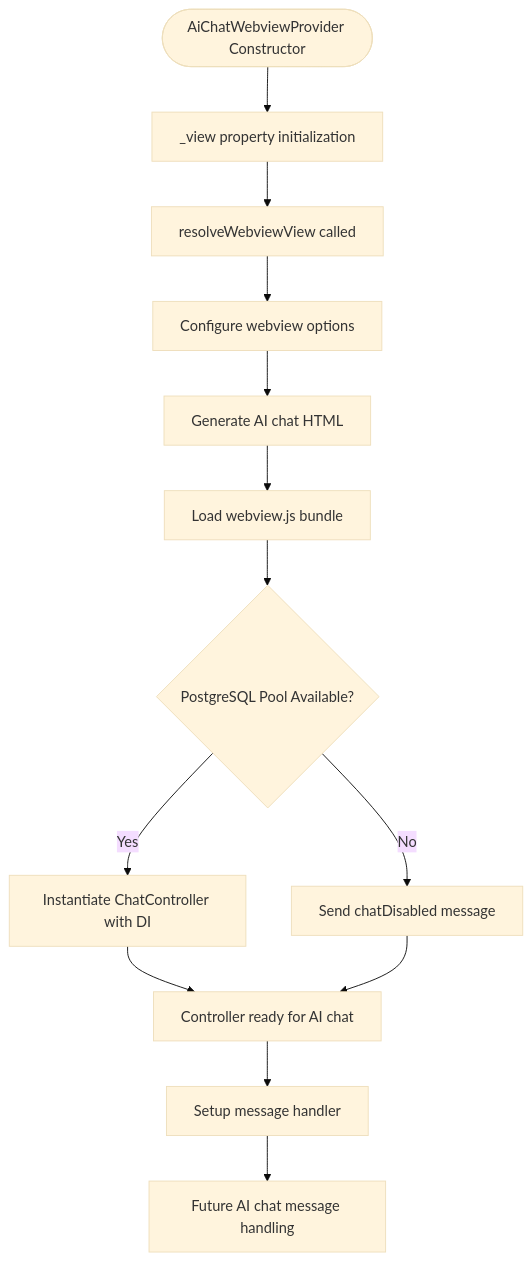
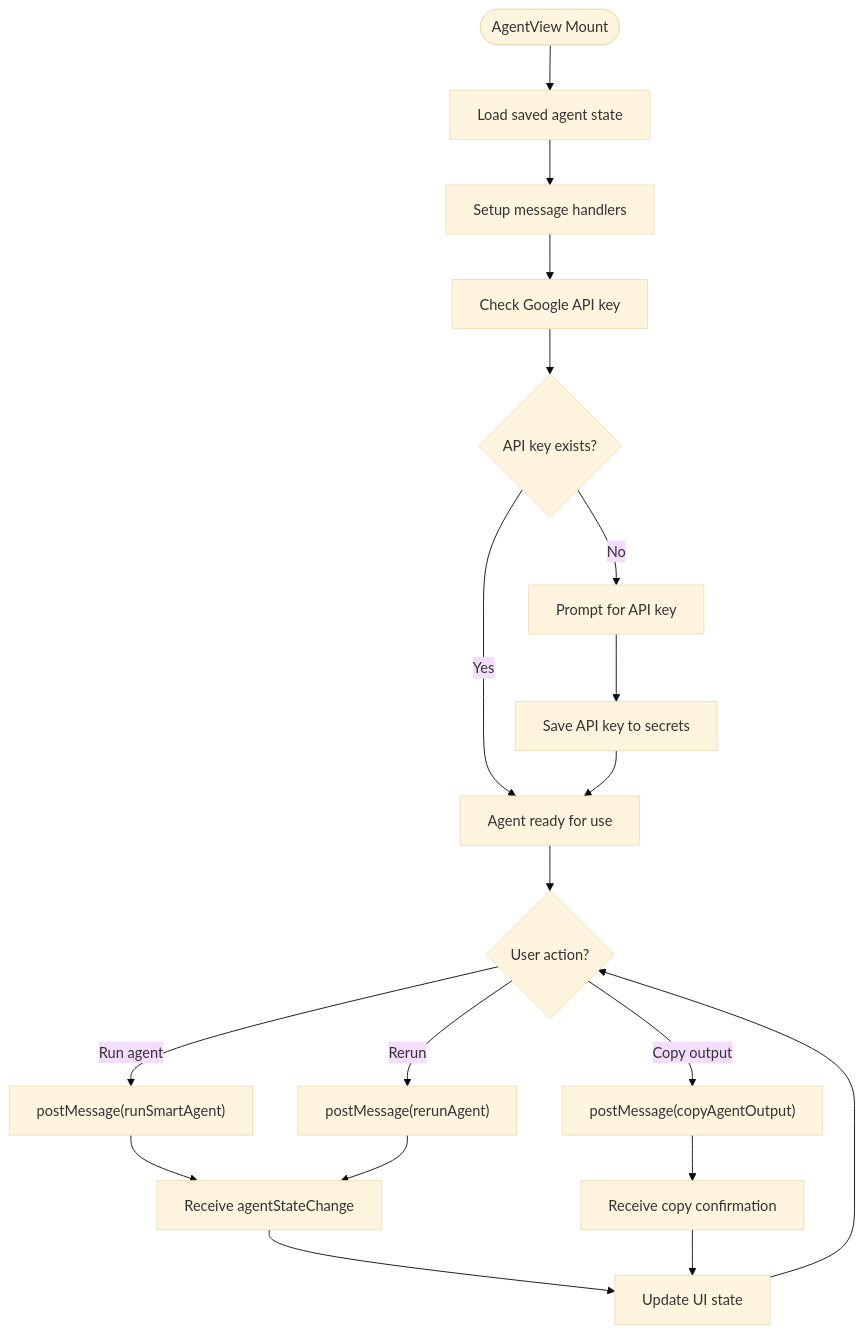
Before and after one commit to bramburn/repomix-runner: the eighth of 10 diagrams in .qoder/repowiki/en/content/Webview Interface/Webview Interface.md, drawn with Mermaid (base theme). The commit also changed other lines of this file and 41 other files, not shown here.

````diff
--- a/.qoder/repowiki/en/content/Webview Interface/Webview Interface.md
+++ b/.qoder/repowiki/en/content/Webview Interface/Webview Interface.md
@@ -802,15 +451,21 @@
 ```mermaid
 flowchart TD
-Start(["AiChatWebviewProvider Constructor"]) --> Init["_view property initialization"]
-Init --> Resolve["resolveWebviewView called"]
-Resolve --> Options["Configure webview options"]
-Options --> HTML["Generate AI chat HTML"]
-HTML --> Script["Load webview.js bundle"]
-Script --> CheckDB{"PostgreSQL Pool Available?"}
-CheckDB --> |Yes| CreateCtrl["Instantiate ChatController with DI"]
-CheckDB --> |No| DisabledMsg["Send chatDisabled message"]
-CreateCtrl --> Ready["Controller ready for AI chat"]
-DisabledMsg --> Ready
-Ready --> MessageHandler["Setup message handler"]
-MessageHandler --> Future["Future AI chat message handling"]
+Start(["AgentView Mount"]) --> LoadState["Load saved agent state"]
+LoadState --> SetupHandlers["Setup message handlers"]
+SetupHandlers --> CheckKey["Check Google API key"]
+CheckKey --> HasKey{"API key exists?"}
+HasKey --> |Yes| Ready["Agent ready for use"]
+HasKey --> |No| NeedKey["Prompt for API key"]
+NeedKey --> SaveKey["Save API key to secrets"]
+SaveKey --> Ready
+Ready --> UserAction{"User action?"}
+UserAction --> |Run agent| SendRun["postMessage(runSmartAgent)"]
+UserAction --> |Rerun| SendRerun["postMessage(rerunAgent)"]
+UserAction --> |Copy output| SendCopy["postMessage(copyAgentOutput)"]
+SendRun --> ReceiveState["Receive agentStateChange"]
+SendRerun --> ReceiveState
+SendCopy --> ReceiveCopy["Receive copy confirmation"]
+ReceiveState --> UpdateUI["Update UI state"]
+ReceiveCopy --> UpdateUI
+UpdateUI --> UserAction
 ```
````
